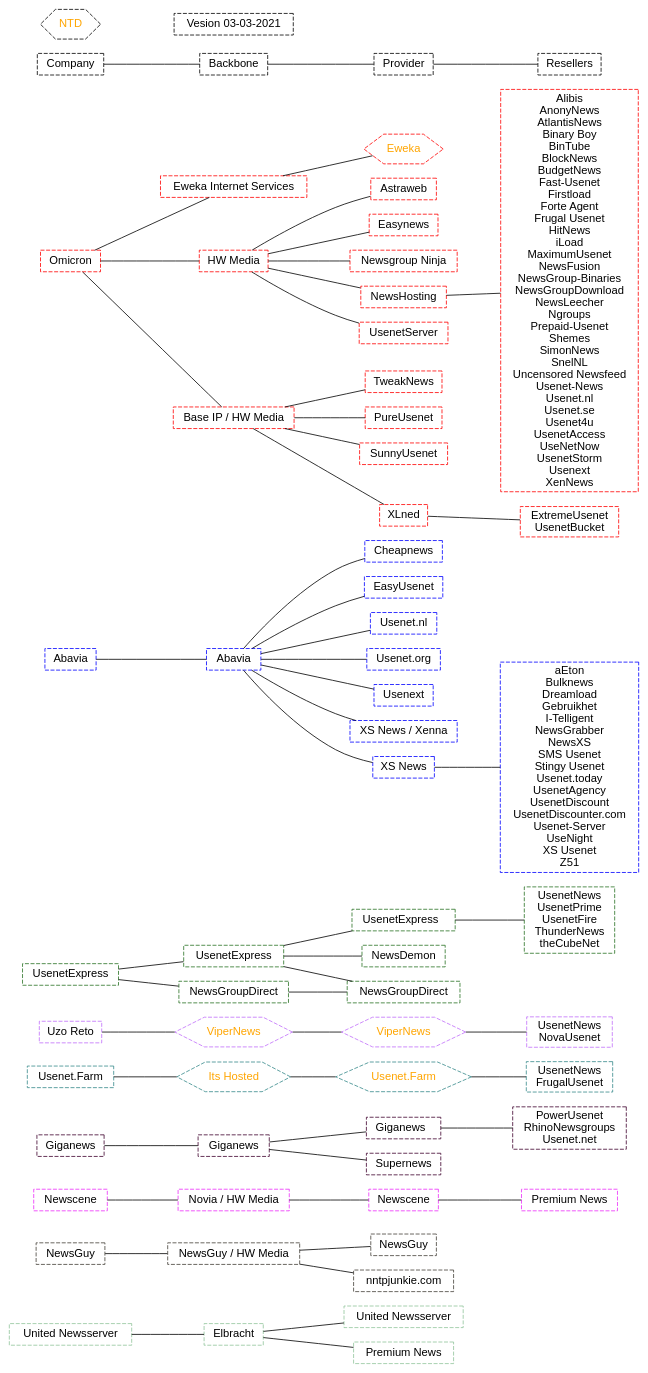
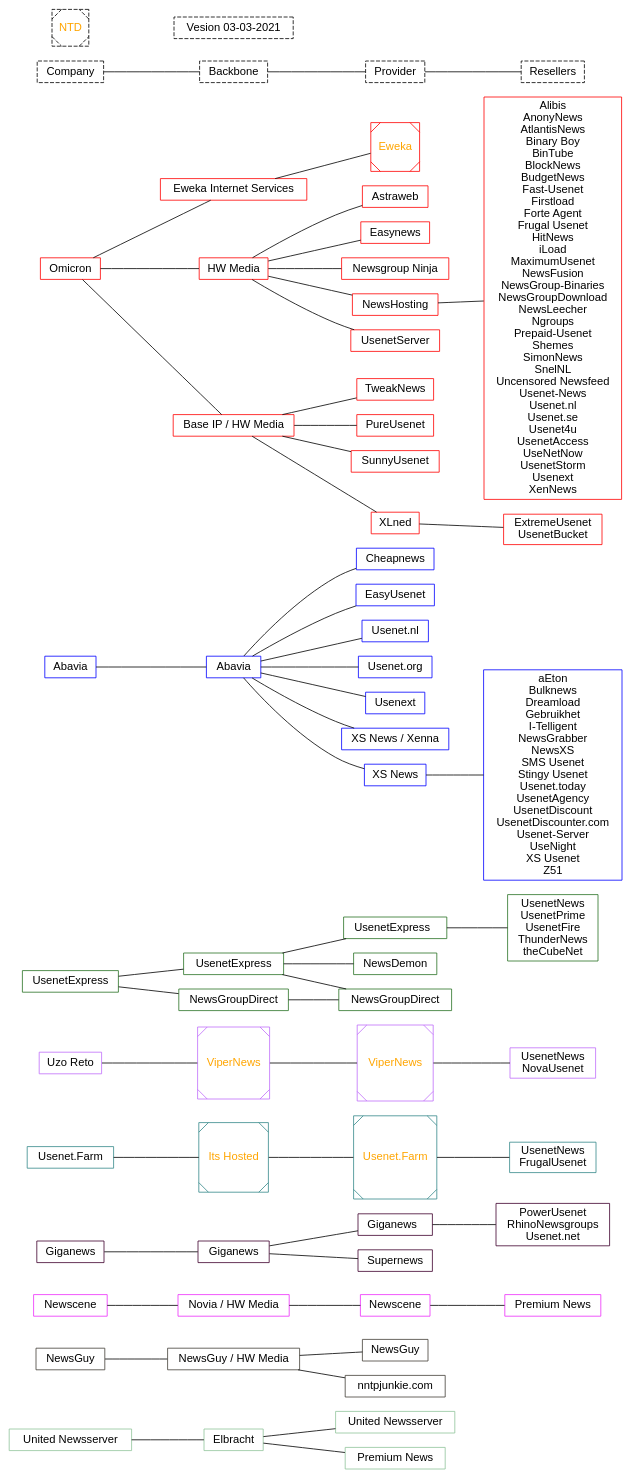
Before and after one commit to hassonipulus/usenet_tree: the diagram in graph.gv, drawn with Graphviz.

```diff
--- a/graph.gv
+++ b/graph.gv
@@ -1,106 +1,106 @@
 
 # https://edotor.net/
 graph graphname {
 bgcolor=white  	#background color
 rankdir=LR 		#direction of graph, eg LR is Left-to-Right ,TB is Top-to-Bottom
-node [shape = box style="dashed" fontcolor=black height=.37 fontname=Helvetica] #these effect everything below unless overridden by another "node[]" statement
+node [shape = box  fontcolor=black height=.37 fontname=Helvetica] #these effect everything below unless overridden by another "node[]" statement
 edge [color=black] #the edge is the lines between company/backbone/provider reseller
 
     node [color="#91c49b"] #we change the colour of each company, eg omicron is "red"
 "United Newsserver " --	"Elbracht"
 "Elbracht" -- "United Newsserver"
 "Elbracht" -- "Premium News "
      
     node [color="#444139"]
 "NewsGuy " -- "NewsGuy / HW Media" -- "NewsGuy"
 "NewsGuy / HW Media" -- "nntpjunkie.com"
 
     node [color="#ec2efa"]
 "Newscene " -- "Novia / HW Media" -- "Newscene" -- "Premium News"
  
     node [color="#3f022e"]
 "Giganews" --	"Giganews " -- "Giganews  "
 "Giganews " --	"Supernews"
 "Giganews  " --	"PowerUsenet\nRhinoNewsgroups\nUsenet.net"
 
     node [color="#368a8b"]
-"Usenet.Farm " -- {node[shape=hexagon fontcolor=orange]"Its Hosted"} -- {node[shape=hexagon fontcolor=orange]"Usenet.Farm"} -- "UsenetNews\nFrugalUsenet" #the "{node[shape=folder fontcolor=orange]"Usenet.Farm"}" is for marking something as NTD
+"Usenet.Farm " -- {node[shape=Msquare fontcolor=orange]"Its Hosted"} -- {node[shape=Msquare fontcolor=orange]"Usenet.Farm"} -- "UsenetNews\nFrugalUsenet" #the "{node[shape=folder fontcolor=orange]"Usenet.Farm"}" is for marking something as NTD
  
     node [color="#c16ffa"]
-"Uzo Reto" -- {node[shape=hexagon fontcolor=orange]"ViperNews"} -- {node[shape=hexagon fontcolor=orange]"ViperNews "} -- " UsenetNews\nNovaUsenet"
+"Uzo Reto" -- {node[shape=Msquare fontcolor=orange]"ViperNews"} -- {node[shape=Msquare fontcolor=orange]"ViperNews "} -- " UsenetNews\nNovaUsenet"
  
     node [color="#2a7325"]
 "UsenetExpress" -- "UsenetExpress " -- "UsenetExpress  " -- "UsenetNews\nUsenetPrime\n UsenetFire\nThunderNews\n theCubeNet"
 "UsenetExpress " -- "NewsDemon"
 "UsenetExpress " -- "NewsGroupDirect "
 "UsenetExpress" -- "NewsGroupDirect" -- "NewsGroupDirect "
  
     node [color=blue]
 "Abavia" -- "Abavia " -- "Cheapnews"
 "Abavia " -- "EasyUsenet"
 "Abavia " -- "Usenet.nl"
 "Abavia " -- "Usenet.org"
 "Abavia " -- "Usenext"
 "Abavia " -- "XS News / Xenna"
 "Abavia " -- "XS News"
 "XS News" -- "aEton\nBulknews\nDreamload\nGebruikhet\nI-Telligent\nNewsGrabber\nNewsXS\nSMS Usenet\nStingy Usenet\nUsenet.today\nUsenetAgency\nUsenetDiscount\nUsenetDiscounter.com\nUsenet-Server\nUseNight\nXS Usenet\nZ51"
  
     node [color=red]
-"Omicron" --  "Eweka Internet Services" -- {node[shape=hexagon fontcolor=orange] Eweka}
+"Omicron" --  "Eweka Internet Services" -- {node[shape=Msquare fontcolor=orange] Eweka}
 "Omicron" -- "HW Media"
 "HW Media" -- "Astraweb"
 "HW Media" -- "Easynews"
 "HW Media" -- "Newsgroup Ninja"
 "HW Media" -- "NewsHosting"
 "HW Media" -- "UsenetServer"
 "NewsHosting" -- "Alibis\nAnonyNews\nAtlantisNews\nBinary Boy\nBinTube\nBlockNews\nBudgetNews\nFast-Usenet\nFirstload\nForte Agent\nFrugal Usenet\nHitNews\niLoad\nMaximumUsenet\nNewsFusion\nNewsGroup-Binaries\nNewsGroupDownload\nNewsLeecher\nNgroups\nPrepaid-Usenet\nShemes\nSimonNews\nSnelNL\nUncensored Newsfeed\nUsenet-News\nUsenet.nl\nUsenet.se\nUsenet4u\nUsenetAccess\nUseNetNow\nUsenetStorm\nUsenext\nXenNews"
  
 "Omicron" -- "Base IP / HW Media"
 "Base IP / HW Media" -- "TweakNews"
 "Base IP / HW Media" -- "PureUsenet"
 "Base IP / HW Media" -- "SunnyUsenet"
 "Base IP / HW Media" -- "XLned"
 "XLned" -- "ExtremeUsenet\nUsenetBucket"
 
     node [shape = box style="dashed" color=black] 
 "Company" -- "Backbone" -- "Provider" -- "Resellers"
 "Vesion 03-03-2021"
 
-	node[shape=hexagon fillcolor=black fontcolor=orange] edge [style=invis]
+	node[shape=Msquare fillcolor=black fontcolor=orange] edge [style=invis]
 "NTD" -- "Vesion 03-03-2021"
 
 }
 
 /*The " -- " symbol defiines a relationship between "parent -- child"
 
 Some companies/providers/backbones have the same name Eg Altopia_company_ serves Altopia_backbone
 who then serves Altopia_provider, because they all have to have unique names I just added some extra spaces
 at the end eg "Altopia" -- "Altopia " -- "Altoipia  "
 
 
 To generate an updated version it's all doable in your browser and we've kept it fairly simple.
 
 https://edotor.net/ is probably where you're viewing this from.
 
 As you edit the left text you'll see, in real time, the changes made on the right side.
 
 Importantly when you're done editing, in the top-left click the "Download" button, select SVG.
 
 Woopdidoo, you now have downloaded an updated tree diagram.
 
 Also importantly, in the top right corner click "Copy Share Link". Now you can share this link 
 for people to resume where ever you left off editing.
 
 
 The rest is fairly self explanitory. 
 
 For the non-programmers:
 
 The " -- " symbol defiines a relationship between "parent -- child"
 
 Curly braces "{}" constrict code to within the braces eg. "{node[shape=folder fontcolor=orange] Eweka}" the "shape" and "fontcolor" only effects "Eweka" because it's the only thing contained within the curly braces
 
 "\n" does a new line, eg "UsenetNews\nUsenetPrime\n UsenetFire" puts each reseller on a new line
 
 "#" is a comment which doesn't effect the code, effects from "#" til the end of the line
 */
```
